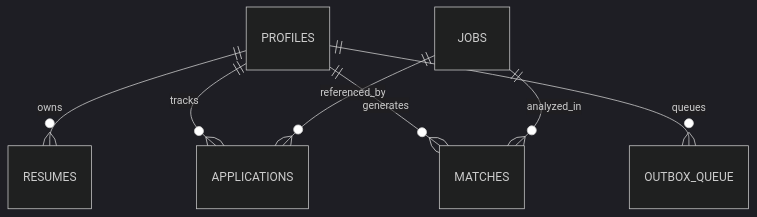
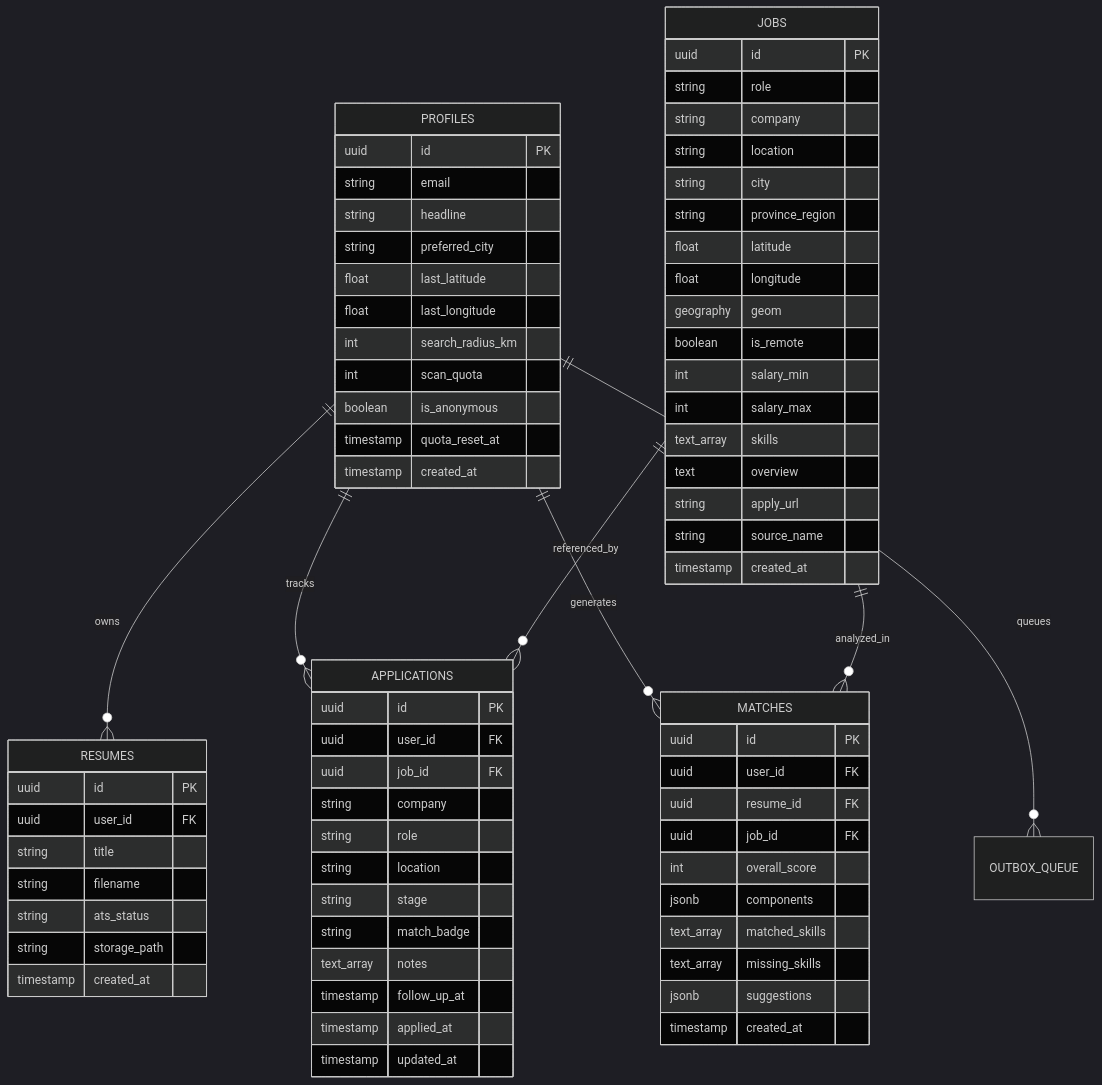
Before and after one commit to QuantumTan/rolevia: diagram 12 of 14 in docs/BACKEND_PLAN.md, drawn with Mermaid (dark theme). The commit also changed other lines of this file and 16 other files, not shown here.

Commit message:
feat: add core feature screens, adaptive UI components, and resume vault

````diff
--- a/docs/BACKEND_PLAN.md
+++ b/docs/BACKEND_PLAN.md
@@ -614,9 +604,81 @@
 ```mermaid
 erDiagram
     PROFILES ||--o{ RESUMES : owns
     PROFILES ||--o{ APPLICATIONS : tracks
     PROFILES ||--o{ MATCHES : generates
     PROFILES ||--o{ OUTBOX_QUEUE : queues
     JOBS ||--o{ APPLICATIONS : referenced_by
     JOBS ||--o{ MATCHES : analyzed_in
+
+    PROFILES {
+        uuid id PK
+        string email
+        string headline
+        string preferred_city
+        float last_latitude
+        float last_longitude
+        int search_radius_km
+        int scan_quota
+        boolean is_anonymous
+        timestamp quota_reset_at
+        timestamp created_at
+    }
+
+    JOBS {
+        uuid id PK
+        string role
+        string company
+        string location
+        string city
+        string province_region
+        float latitude
+        float longitude
+        geography geom
+        boolean is_remote
+        int salary_min
+        int salary_max
+        text_array skills
+        text overview
+        string apply_url
+        string source_name
+        timestamp created_at
+    }
+
+    RESUMES {
+        uuid id PK
+        uuid user_id FK
+        string title
+        string filename
+        string ats_status
+        string storage_path
+        timestamp created_at
+    }
+
+    APPLICATIONS {
+        uuid id PK
+        uuid user_id FK
+        uuid job_id FK
+        string company
+        string role
+        string location
+        string stage
+        string match_badge
+        text_array notes
+        timestamp follow_up_at
+        timestamp applied_at
+        timestamp updated_at
+    }
+
+    MATCHES {
+        uuid id PK
+        uuid user_id FK
+        uuid resume_id FK
+        uuid job_id FK
+        int overall_score
+        jsonb components
+        text_array matched_skills
+        text_array missing_skills
+        jsonb suggestions
+        timestamp created_at
+    }
 ```
````
